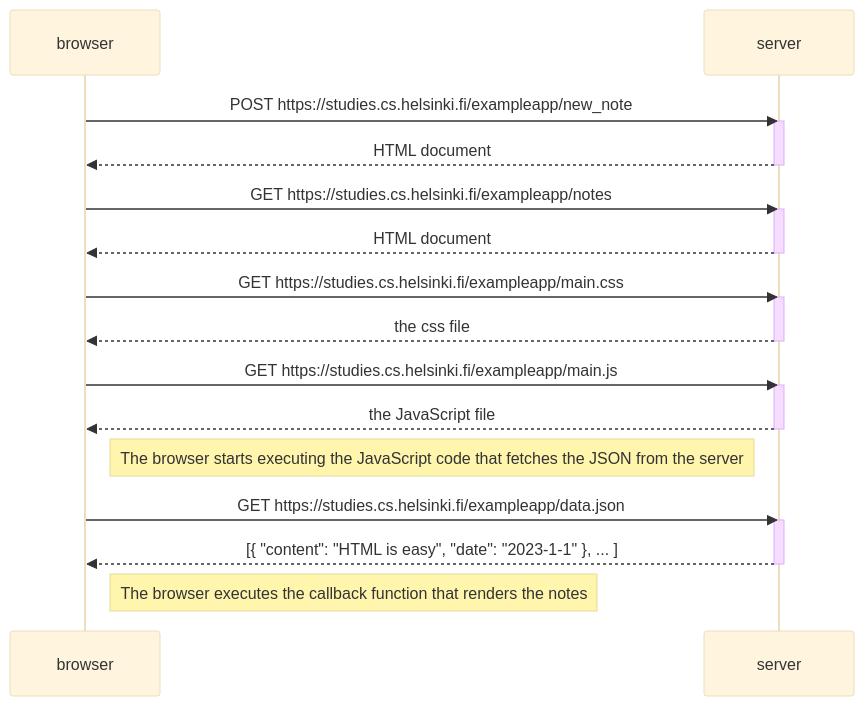
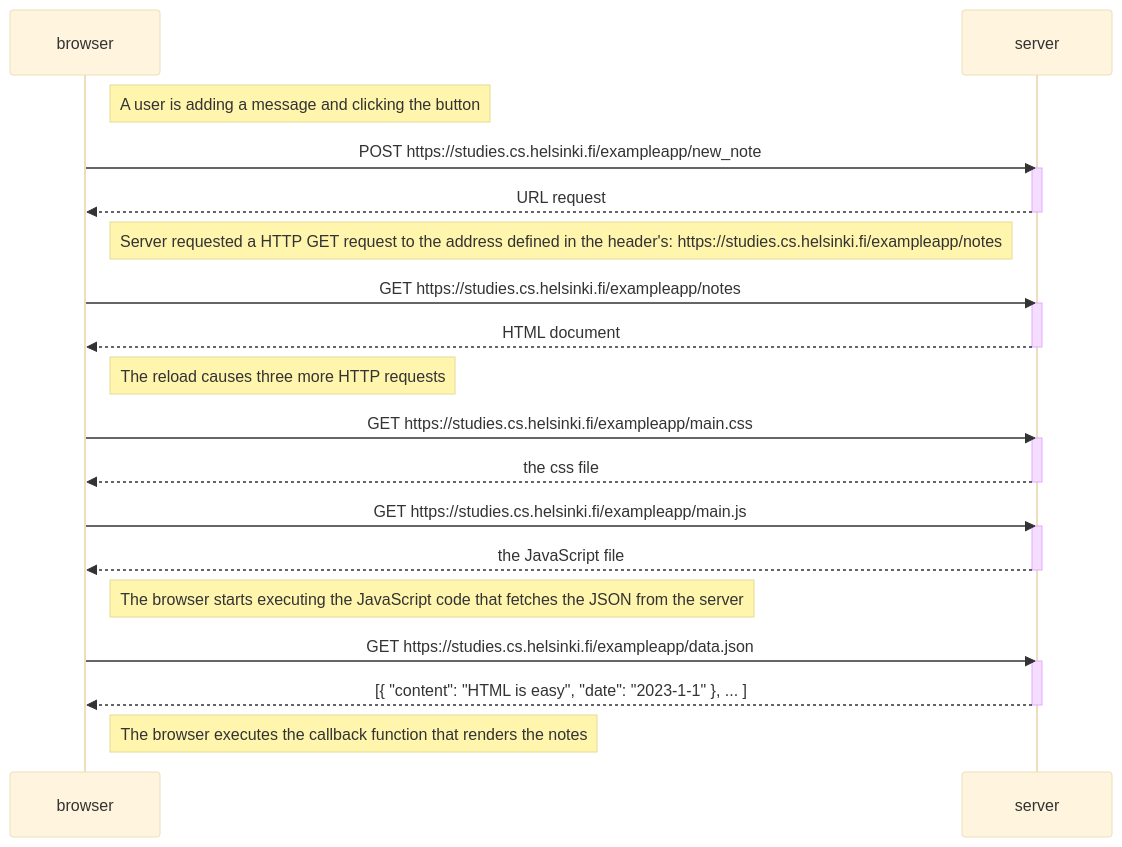
Before and after one commit to karolinakwasny/Full_Stack_open: the diagram in part0/new_note_diagram.md, drawn with Mermaid (base theme).

Commit message:
0.4 second try

````diff
--- a/part0/new_note_diagram.md
+++ b/part0/new_note_diagram.md
@@ -1,34 +1,40 @@
 ```mermaid
 sequenceDiagram
     participant browser
     participant server
 
+    Note right of browser: A user is adding a message and clicking the button
+
     browser->>server: POST https://studies.cs.helsinki.fi/exampleapp/new_note
     activate server
-    server-->>browser: HTML document
+    server-->>browser: URL request
     deactivate server
+
+    Note right of browser: Server requested a HTTP GET request to the address defined in the header's: https://studies.cs.helsinki.fi/exampleapp/notes
 
     browser->>server: GET https://studies.cs.helsinki.fi/exampleapp/notes
     activate server
     server-->>browser: HTML document
     deactivate server
+
+    Note right of browser:The reload causes three more HTTP requests
 
     browser->>server: GET https://studies.cs.helsinki.fi/exampleapp/main.css
     activate server
     server-->>browser: the css file
     deactivate server
 
     browser->>server: GET https://studies.cs.helsinki.fi/exampleapp/main.js
     activate server
     server-->>browser: the JavaScript file
     deactivate server
 
     Note right of browser: The browser starts executing the JavaScript code that fetches the JSON from the server
 
     browser->>server: GET https://studies.cs.helsinki.fi/exampleapp/data.json
     activate server
     server-->>browser: [{ "content": "HTML is easy", "date": "2023-1-1" }, ... ]
     deactivate server
 
     Note right of browser: The browser executes the callback function that renders the notes
 ```
````
